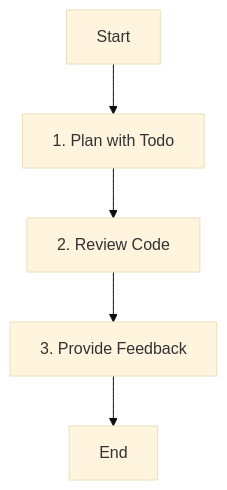
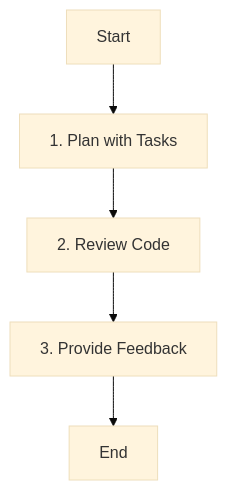
The diagram in opencode/config/agent/cpp-review.md (ksm0709/dotfiles), drawn with Mermaid (base theme) before and after one commit. The commit also changed other lines of this file and 9 other files, not shown here.

````diff
--- a/opencode/config/agent/cpp-review.md
+++ b/opencode/config/agent/cpp-review.md
@@ -29,7 +28,7 @@
 ```mermaid
 graph TD
-    Start[Start] --> Plan[1. Plan with Todo]
+    Start[Start] --> Plan[1. Plan with Tasks]
     Plan --> Review[2. Review Code]
     Review --> Feedback[3. Provide Feedback]
     Feedback --> End[End]
 ```
````
